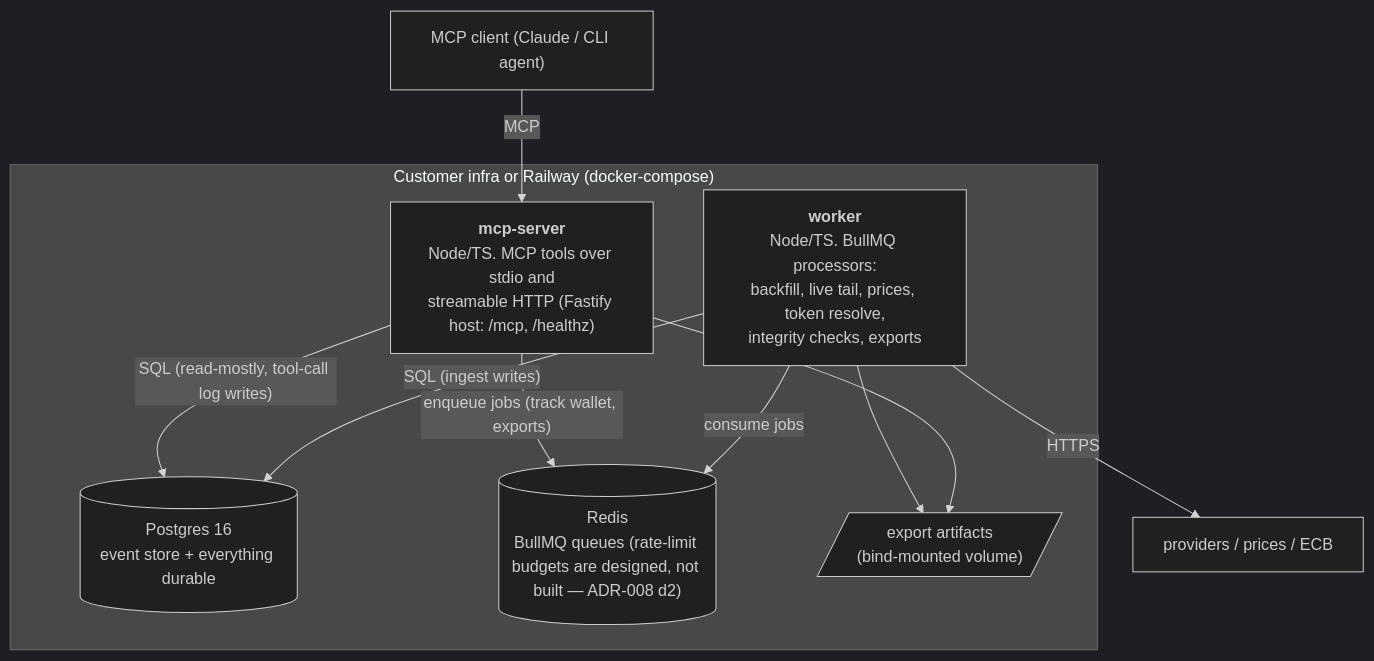
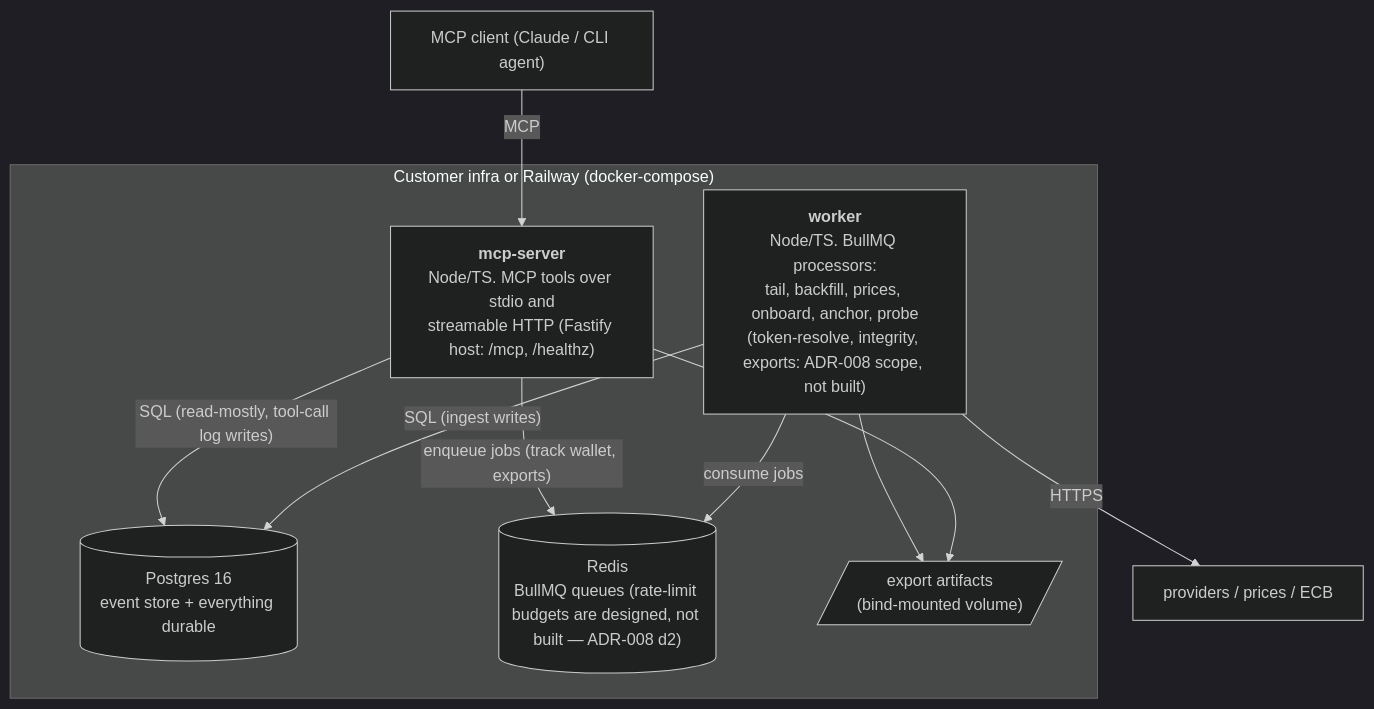
The second of 2 diagrams in docs/architecture/00-overview.md (Iaicox/Reconcil), drawn with Mermaid (dark theme) before and after one commit. The commit also changed other lines of this file and 21 other files, not shown here.

````diff
--- a/docs/architecture/00-overview.md
+++ b/docs/architecture/00-overview.md
@@ -50,21 +50,21 @@
 ```mermaid
 flowchart TB
     subgraph host["Customer infra or Railway (docker-compose)"]
         mcps["<b>mcp-server</b><br/>Node/TS. MCP tools over stdio and<br/>streamable HTTP (Fastify host: /mcp, /healthz)"]
-        worker["<b>worker</b><br/>Node/TS. BullMQ processors:<br/>backfill, live tail, prices, token resolve,<br/>integrity checks, exports"]
+        worker["<b>worker</b><br/>Node/TS. BullMQ processors:<br/>tail, backfill, prices, onboard, anchor, probe<br/>(token-resolve, integrity, exports: ADR-008 scope, not built)"]
         pg[("Postgres 16<br/>event store + everything durable")]
         redis[("Redis<br/>BullMQ queues (rate-limit budgets are designed, not built — ADR-008 d2)")]
         files[/"export artifacts<br/>(bind-mounted volume)"/]
     end
 
     client["MCP client (Claude / CLI agent)"]
 
     client -- "MCP" --> mcps
     mcps -- "SQL (read-mostly, tool-call log writes)" --> pg
     mcps -- "enqueue jobs (track wallet, exports)" --> redis
     worker -- "SQL (ingest writes)" --> pg
     worker -- "consume jobs" --> redis
     worker -- "HTTPS" --> ext["providers / prices / ECB"]
     worker --> files
     mcps --> files
 ```
````
